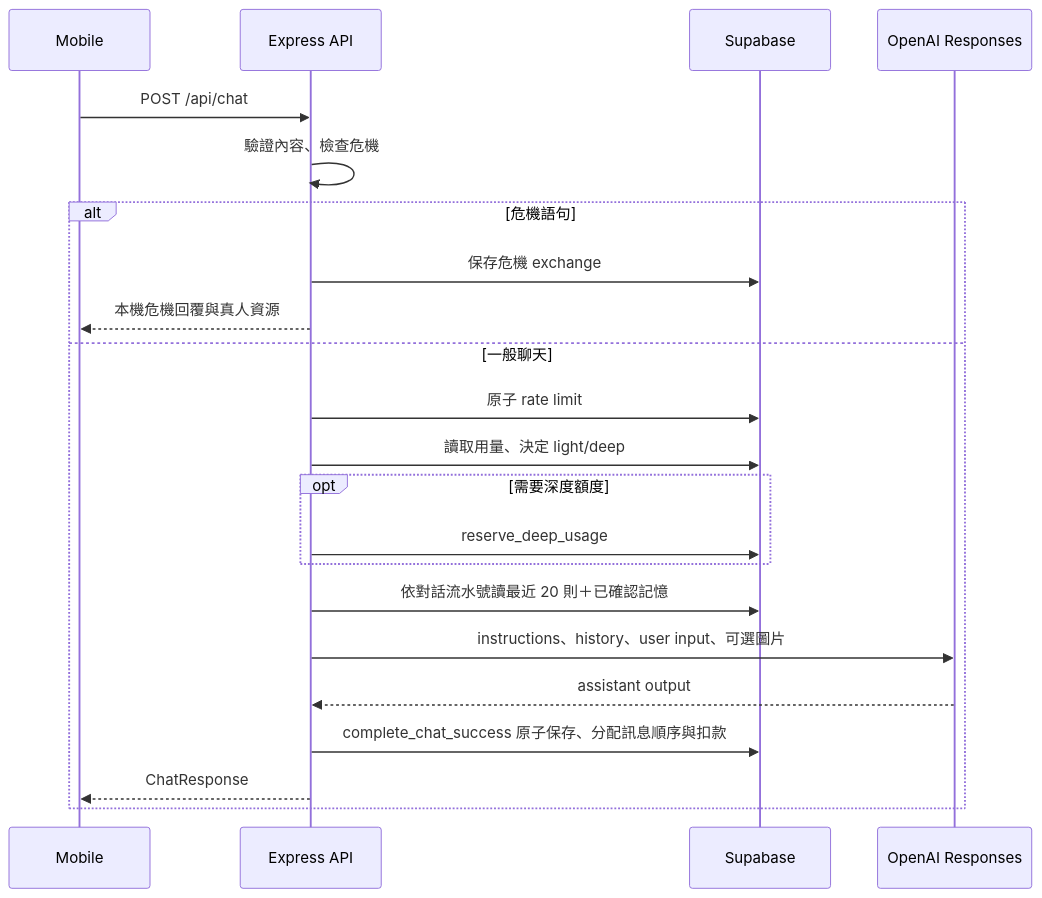
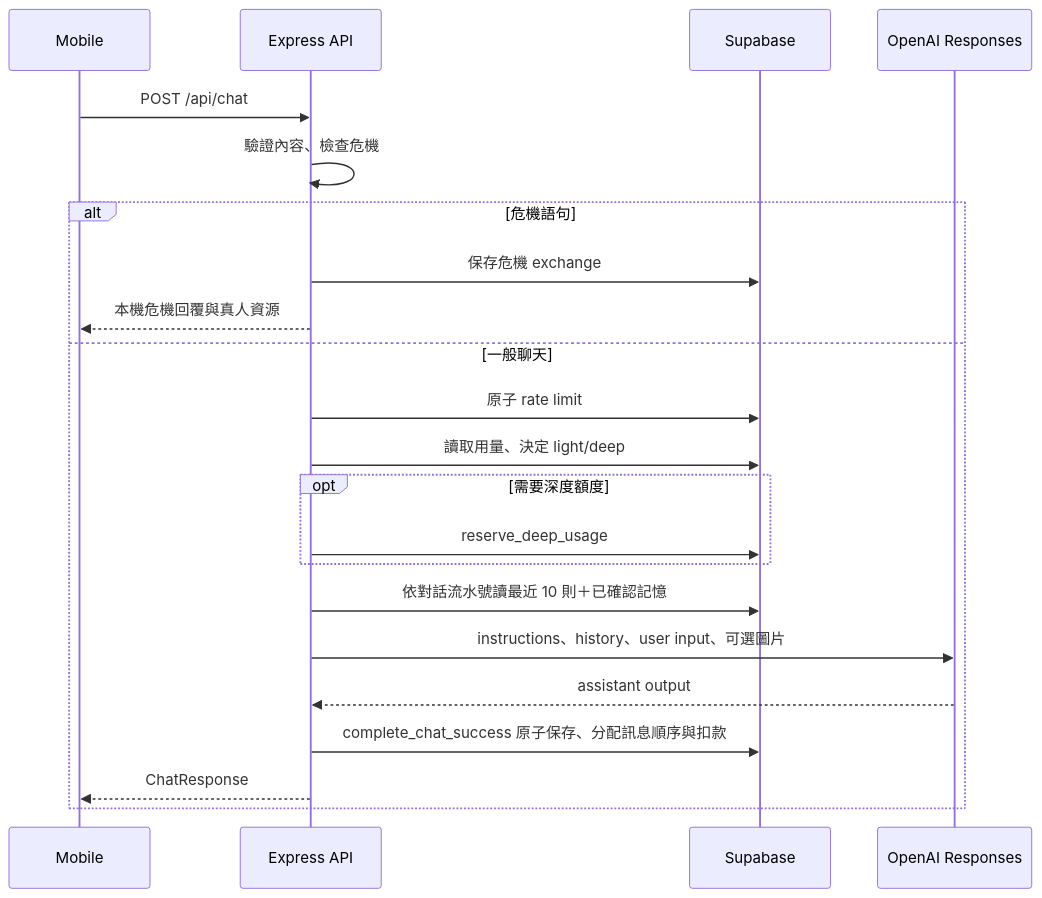
Before and after one commit to Live-Rocks/softplace: the second of 4 diagrams in docs/ARCHITECTURE.md, drawn with Mermaid. The commit also changed other lines of this file and 22 other files, not shown here.

````diff
--- a/docs/ARCHITECTURE.md
+++ b/docs/ARCHITECTURE.md
@@ -45,25 +45,25 @@
 ```mermaid
 sequenceDiagram
     participant M as Mobile
     participant S as Express API
     participant DB as Supabase
     participant O as OpenAI Responses
 
     M->>S: POST /api/chat
     S->>S: 驗證內容、檢查危機
     alt 危機語句
         S->>DB: 保存危機 exchange
         S-->>M: 本機危機回覆與真人資源
     else 一般聊天
         S->>DB: 原子 rate limit
         S->>DB: 讀取用量、決定 light/deep
         opt 需要深度額度
             S->>DB: reserve_deep_usage
         end
-        S->>DB: 依對話流水號讀最近 20 則＋已確認記憶
+        S->>DB: 依對話流水號讀最近 10 則＋已確認記憶
         S->>O: instructions、history、user input、可選圖片
         O-->>S: assistant output
         S->>DB: complete_chat_success 原子保存、分配訊息順序與扣款
         S-->>M: ChatResponse
     end
 ```
````
